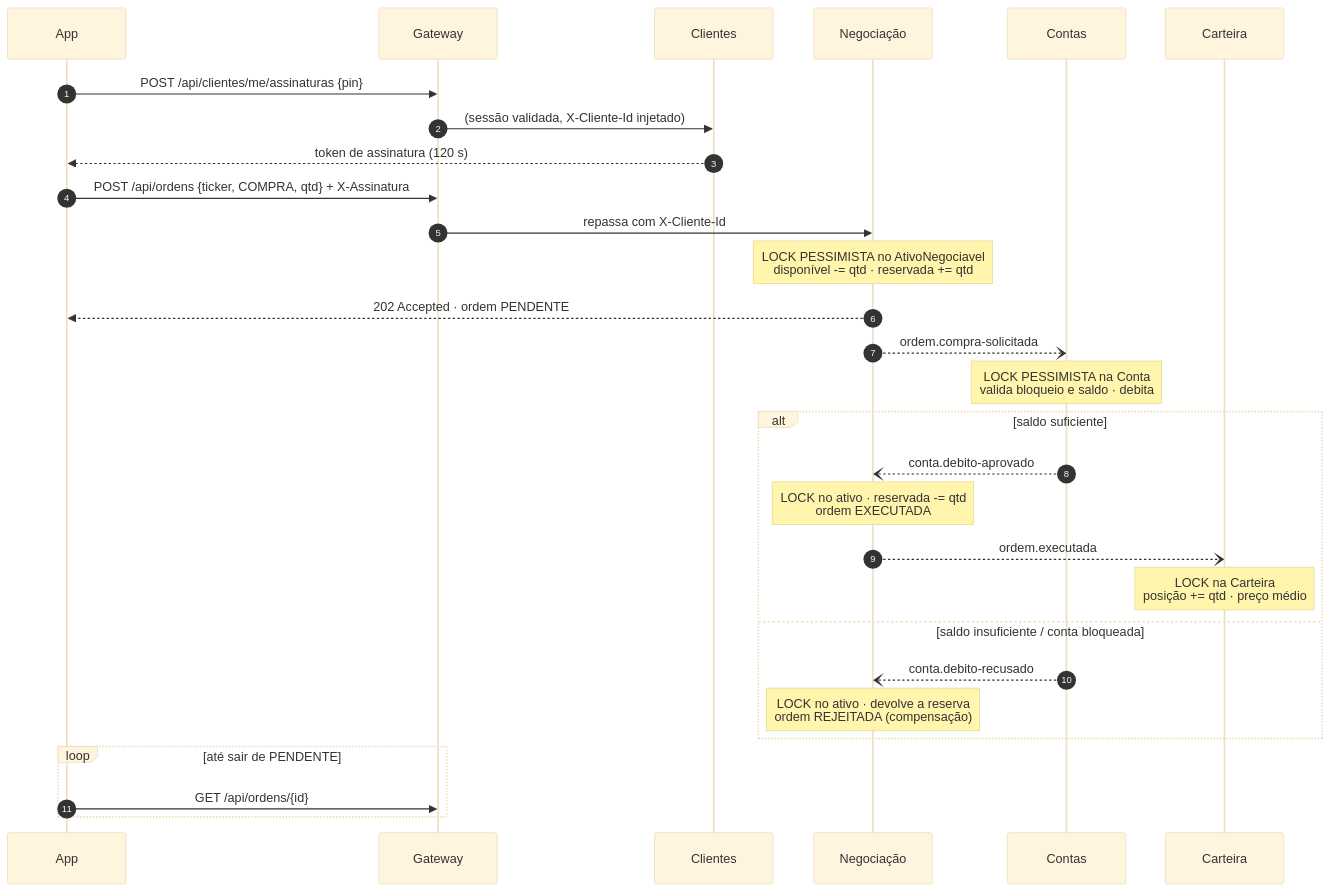
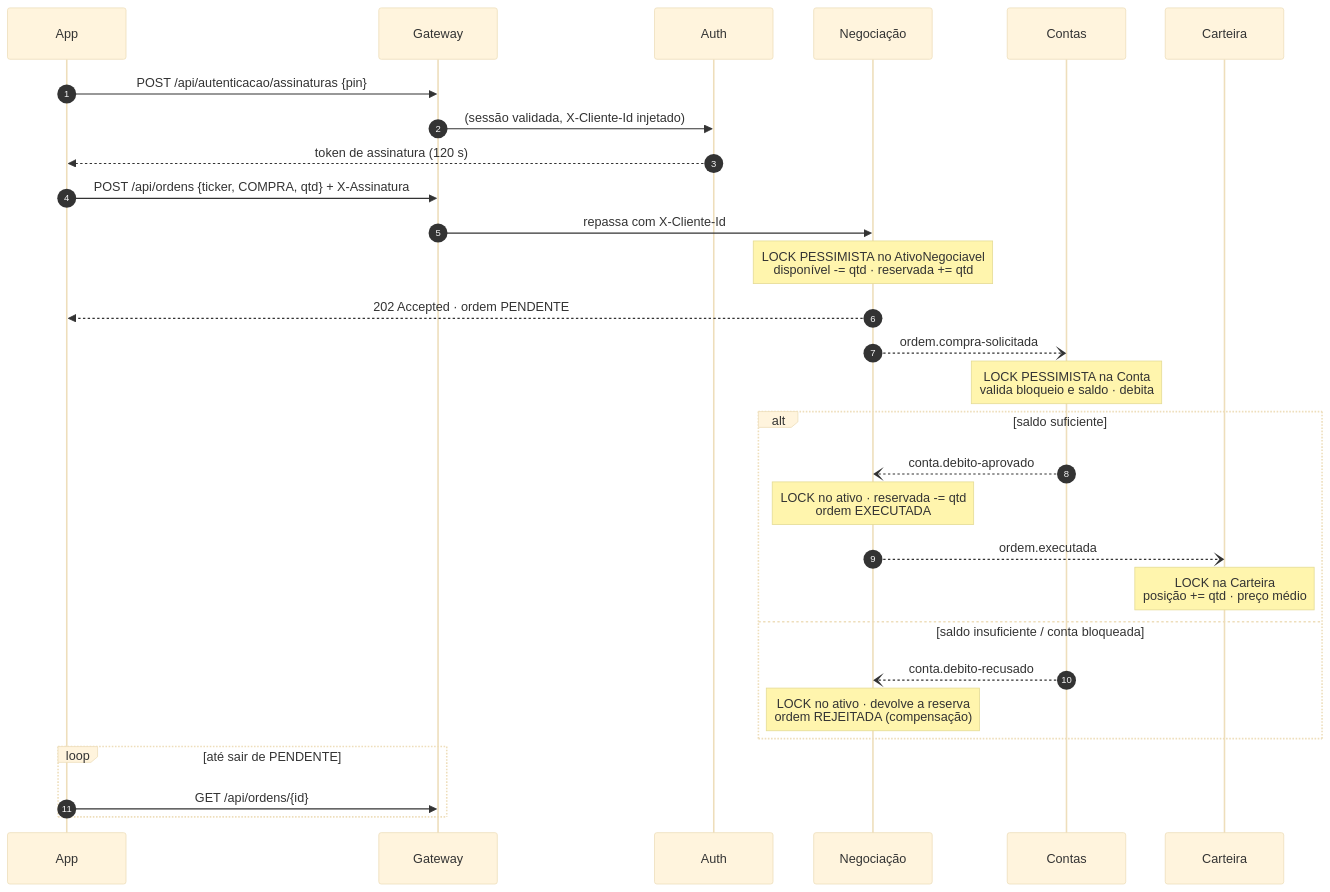
Before and after one commit to Endrigogustavo/OrbitaPay: the third of 3 diagrams in docs/context-map.md, drawn with Mermaid (base theme). The commit also changed other lines of this file and 757 other files, not shown here.

````diff
--- a/docs/context-map.md
+++ b/docs/context-map.md
@@ -125,32 +158,32 @@
 ```mermaid
 sequenceDiagram
     autonumber
     participant APP as App
     participant GW as Gateway
-    participant CLI as Clientes
+    participant AUT as Auth
     participant NEG as Negociação
     participant CON as Contas
     participant CAR as Carteira
 
-    APP->>GW: POST /api/clientes/me/assinaturas {pin}
-    GW->>CLI: (sessão validada, X-Cliente-Id injetado)
-    CLI-->>APP: token de assinatura (120 s)
+    APP->>GW: POST /api/autenticacao/assinaturas {pin}
+    GW->>AUT: (sessão validada, X-Cliente-Id injetado)
+    AUT-->>APP: token de assinatura (120 s)
     APP->>GW: POST /api/ordens {ticker, COMPRA, qtd} + X-Assinatura
     GW->>NEG: repassa com X-Cliente-Id
     Note over NEG: LOCK PESSIMISTA no AtivoNegociavel<br/>disponível -= qtd · reservada += qtd
     NEG-->>APP: 202 Accepted · ordem PENDENTE
     NEG--)CON: ordem.compra-solicitada
     Note over CON: LOCK PESSIMISTA na Conta<br/>valida bloqueio e saldo · debita
     alt saldo suficiente
         CON--)NEG: conta.debito-aprovado
         Note over NEG: LOCK no ativo · reservada -= qtd<br/>ordem EXECUTADA
         NEG--)CAR: ordem.executada
         Note over CAR: LOCK na Carteira<br/>posição += qtd · preço médio
     else saldo insuficiente / conta bloqueada
         CON--)NEG: conta.debito-recusado
         Note over NEG: LOCK no ativo · devolve a reserva<br/>ordem REJEITADA (compensação)
     end
     loop até sair de PENDENTE
         APP->>GW: GET /api/ordens/{id}
     end
 ```
````
